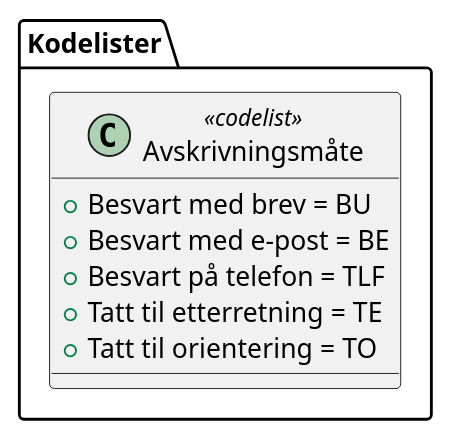
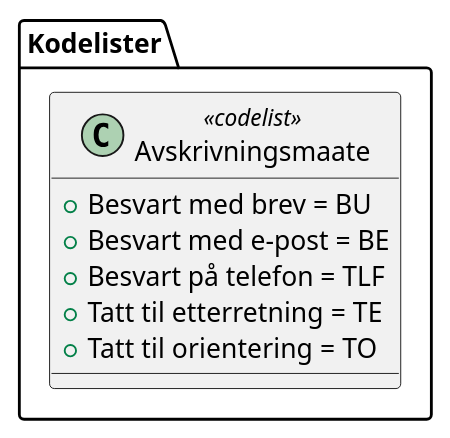
The diagram in kapitler/media/uml-codelist-avskrivningsmaate.iuml (arkivverket/noark5-tjenestegrensesnitt-standard), drawn with PlantUML before and after one commit. The commit also changed 18 other files, not shown here.

```diff
--- a/kapitler/media/uml-codelist-avskrivningsmaate.iuml
+++ b/kapitler/media/uml-codelist-avskrivningsmaate.iuml
@@ -1,9 +1,9 @@
 @startuml
-class Kodelister.Avskrivningsmåte <<codelist>> {
+class Kodelister.Avskrivningsmaate <<codelist>> {
   +Besvart med brev = BU
   +Besvart med e-post = BE
   +Besvart på telefon = TLF
   +Tatt til etterretning = TE
   +Tatt til orientering = TO
 }
 @enduml
```
